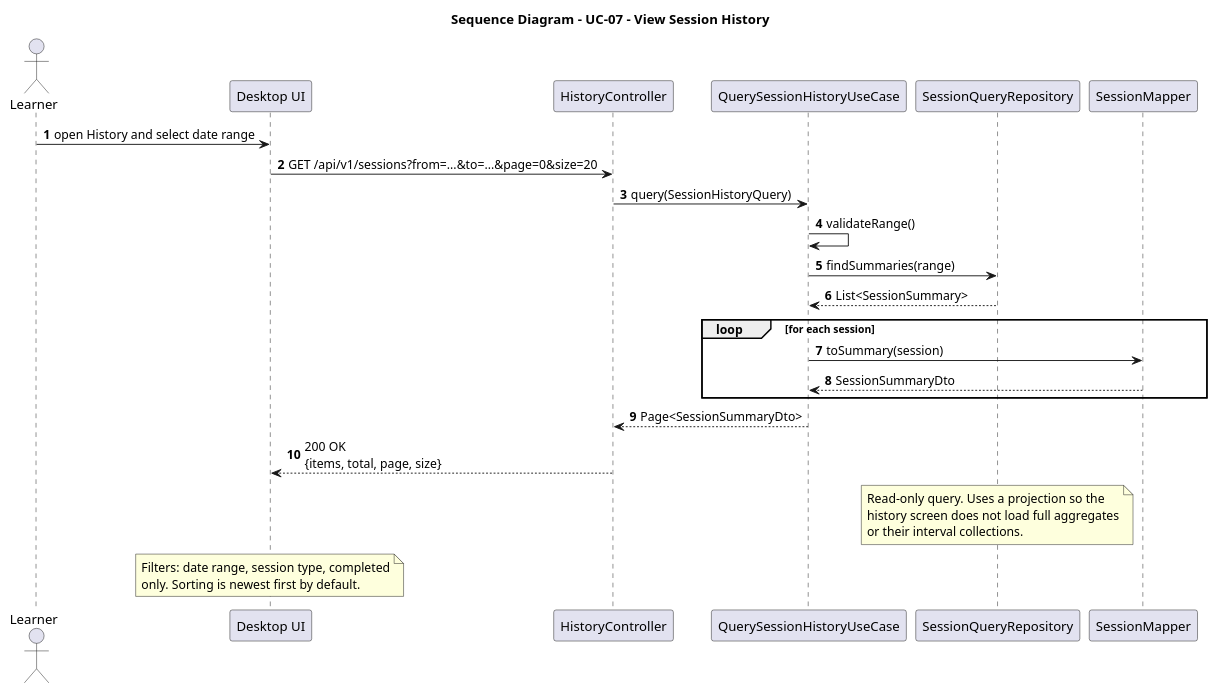
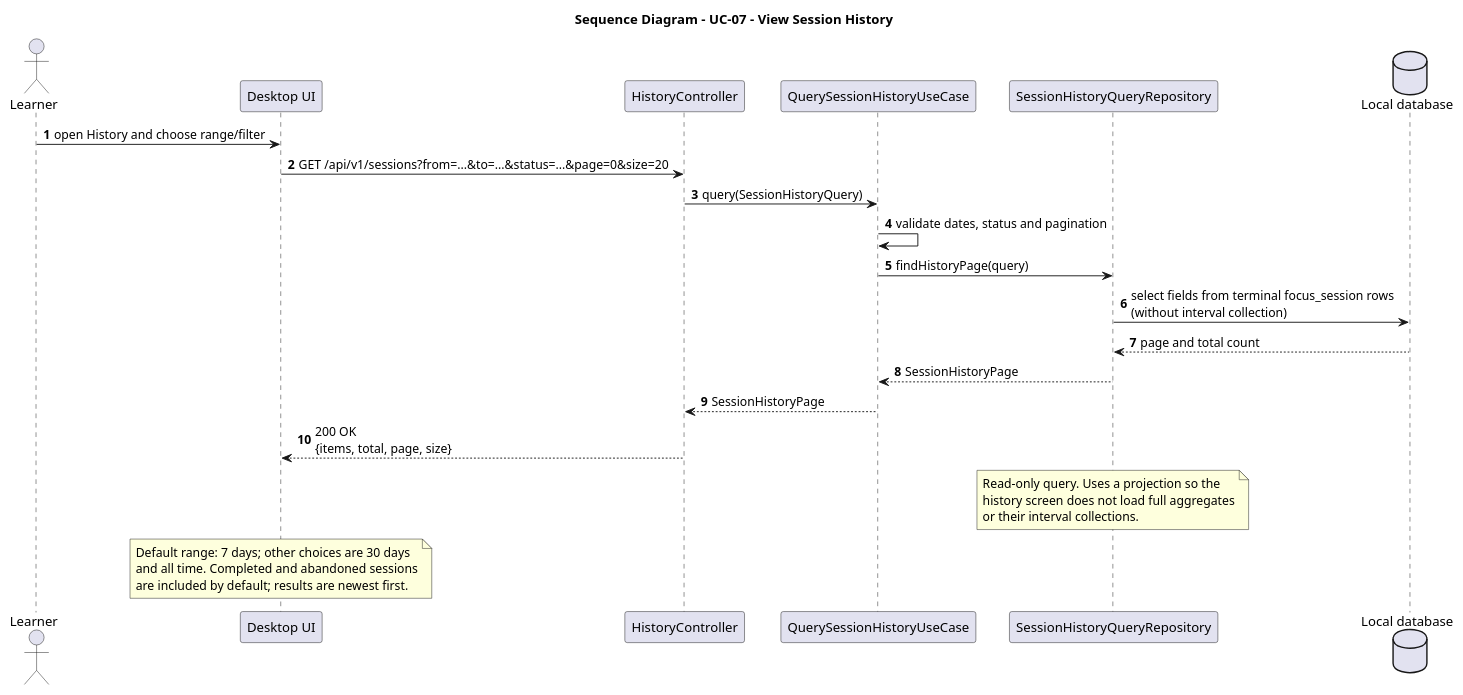
Before and after one commit to MiguelRibeiro1210/Focus-and-Study-Tracking: the diagram in docs/SD/SD_QuerySessionHistory.puml, drawn with PlantUML. The commit also changed 16 other files, not shown here.

First line of the commit message:
docs: document session project names and history query design

```diff
--- a/docs/SD/SD_QuerySessionHistory.puml
+++ b/docs/SD/SD_QuerySessionHistory.puml
@@ -1,36 +1,35 @@
 @startuml
 title Sequence Diagram - UC-07 - View Session History
 
 autonumber
 actor Learner
 participant "Desktop UI" as UI
 participant "HistoryController" as Controller
 participant "QuerySessionHistoryUseCase" as UseCase
-participant "SessionQueryRepository" as Repo
-participant "SessionMapper" as Mapper
+participant "SessionHistoryQueryRepository" as Repo
+database "Local database" as DB
 
-Learner -> UI : open History and select date range
-UI -> Controller : GET /api/v1/sessions?from=...&to=...&page=0&size=20
+Learner -> UI : open History and choose range/filter
+UI -> Controller : GET /api/v1/sessions?from=...&to=...&status=...&page=0&size=20
 Controller -> UseCase : query(SessionHistoryQuery)
-UseCase -> UseCase : validateRange()
-UseCase -> Repo : findSummaries(range)
-Repo --> UseCase : List<SessionSummary>
-loop for each session
-  UseCase -> Mapper : toSummary(session)
-  Mapper --> UseCase : SessionSummaryDto
-end
-UseCase --> Controller : Page<SessionSummaryDto>
+UseCase -> UseCase : validate dates, status and pagination
+UseCase -> Repo : findHistoryPage(query)
+Repo -> DB : select fields from terminal focus_session rows\n(without interval collection)
+DB --> Repo : page and total count
+Repo --> UseCase : SessionHistoryPage
+UseCase --> Controller : SessionHistoryPage
 Controller --> UI : 200 OK\n{items, total, page, size}
 
 note over Repo
   Read-only query. Uses a projection so the
   history screen does not load full aggregates
   or their interval collections.
 end note
 
 note over UI
-  Filters: date range, session type, completed
-  only. Sorting is newest first by default.
+  Default range: 7 days; other choices are 30 days
+  and all time. Completed and abandoned sessions
+  are included by default; results are newest first.
 end note
 
 @enduml
```
